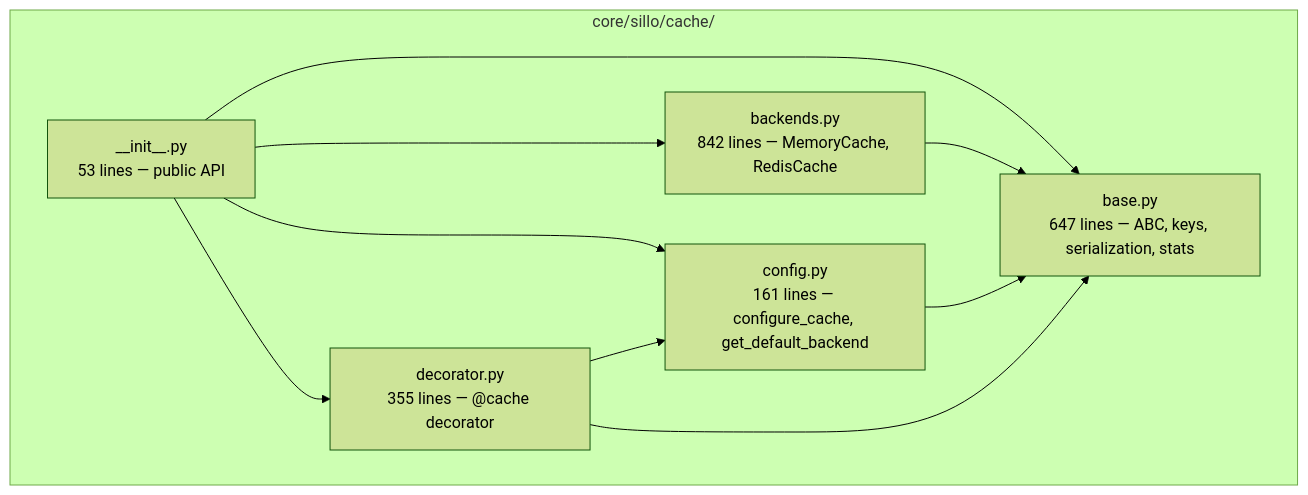
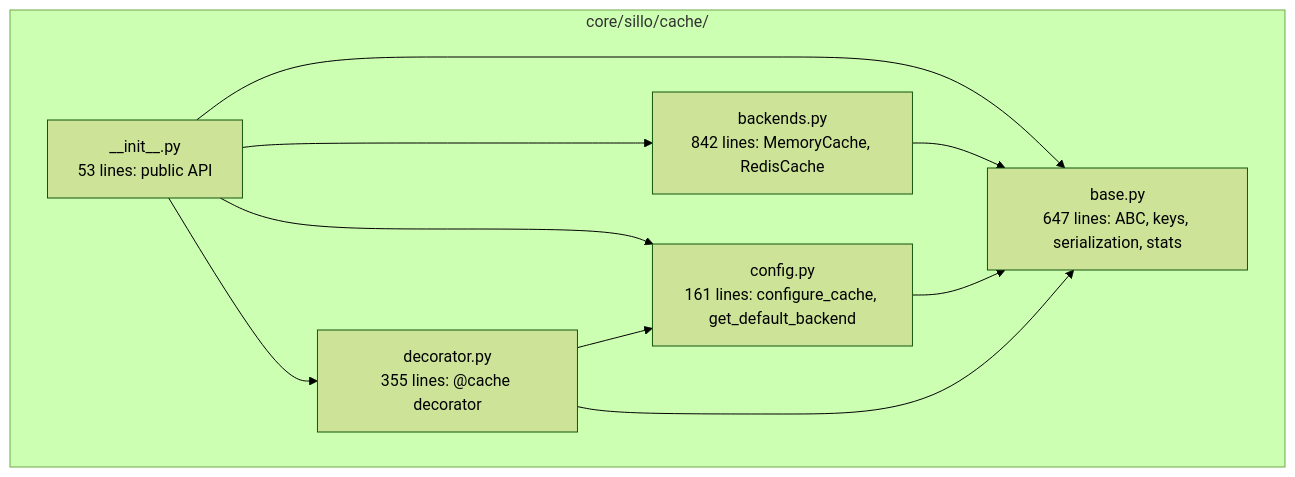
The first of 6 diagrams in docs/docs/src/content/docs/advanced/cache.md (sillohq/core), drawn with Mermaid (forest theme) before and after one commit. The commit also changed other lines of this file and 233 other files, not shown here.

````diff
--- a/docs/docs/src/content/docs/advanced/cache.md
+++ b/docs/docs/src/content/docs/advanced/cache.md
@@ -20,19 +20,19 @@
 ```mermaid
 graph TD
     subgraph "core/sillo/cache/"
-        A["__init__.py<br/>53 lines — public API"]
-        B["base.py<br/>647 lines — ABC, keys, serialization, stats"]
-        C["backends.py<br/>842 lines — MemoryCache, RedisCache"]
-        D["config.py<br/>161 lines — configure_cache, get_default_backend"]
-        E["decorator.py<br/>355 lines — @cache decorator"]
+        A["__init__.py<br/>53 lines: public API"]
+        B["base.py<br/>647 lines: ABC, keys, serialization, stats"]
+        C["backends.py<br/>842 lines: MemoryCache, RedisCache"]
+        D["config.py<br/>161 lines: configure_cache, get_default_backend"]
+        E["decorator.py<br/>355 lines: @cache decorator"]
     end
 
     A --> B
     A --> C
     A --> D
     A --> E
     C --> B
     D --> B
     E --> B
     E --> D
 ```
````
